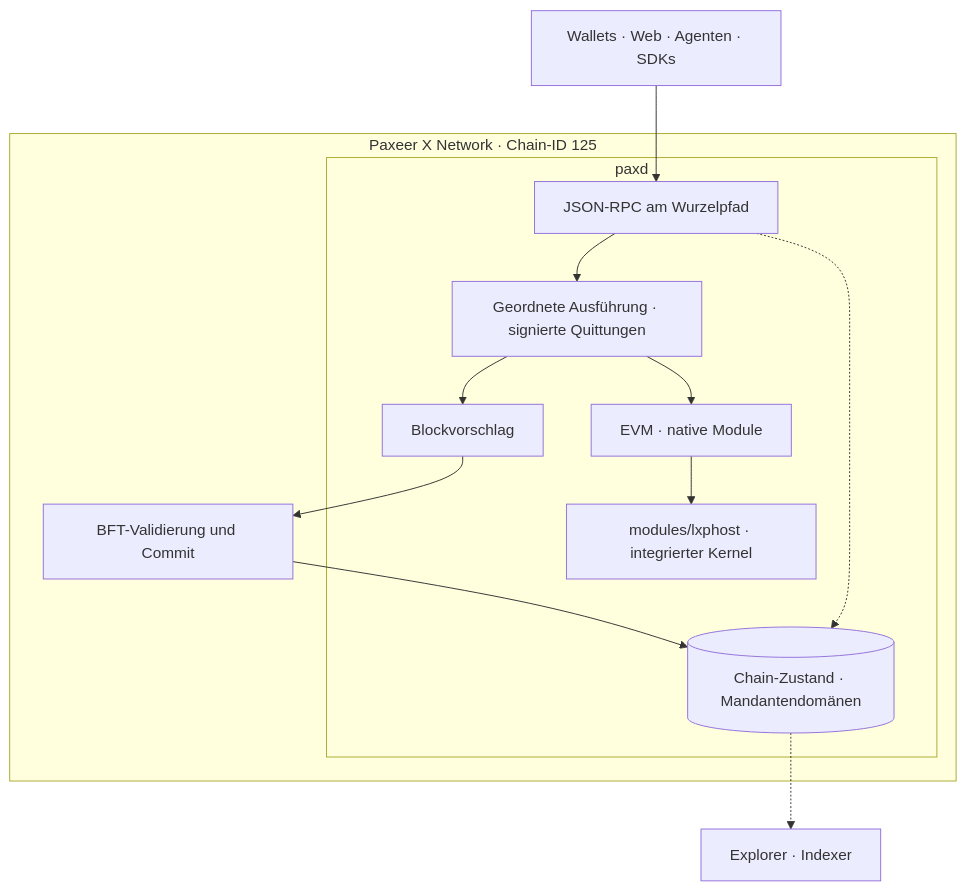
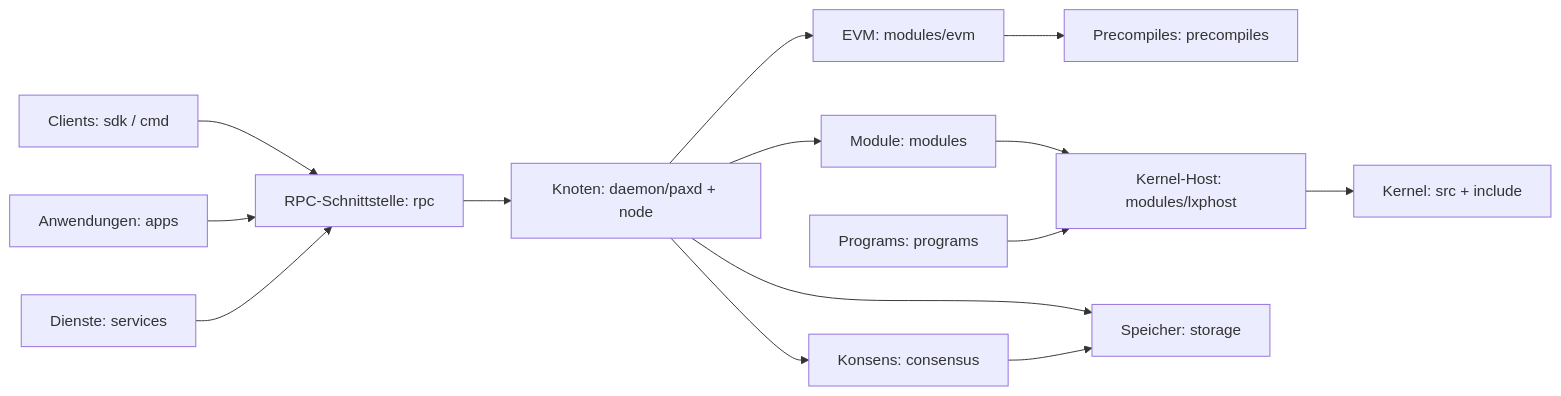
One commit to Sidiora-Labs/paxeer-monorepo changed the diagram in docs/readme/README.de.md. Above: the diagram before and after it, drawn with Mermaid. The commit also changed other lines of this file and 6 other files, not shown here.

````diff
--- a/docs/readme/README.de.md
+++ b/docs/readme/README.de.md
@@ -151,25 +46,16 @@
 ```mermaid
-flowchart TB
-  clients["Wallets · Web · Agenten · SDKs"]
-  subgraph network ["Paxeer X Network · Chain-ID 125"]
-    subgraph node ["paxd"]
-      rpc["JSON-RPC am Wurzelpfad"]
-      execution["Geordnete Ausführung · signierte Quittungen"]
-      evm["EVM · native Module"]
-      host["modules/lxphost · integrierter Kernel"]
-      proposal["Blockvorschlag"]
-      state[("Chain-Zustand · Mandantendomänen")]
-    end
-    consensus["BFT-Validierung und Commit"]
-  end
-  explorer["Explorer · Indexer"]
-  clients --> rpc
-  rpc --> execution
-  execution --> evm
-  evm --> host
-  execution --> proposal
-  proposal --> consensus
-  consensus --> state
-  rpc -.-> state
-  state -.-> explorer
+flowchart LR
+    Clients["Clients: sdk / cmd"] --> RPC["RPC-Schnittstelle: rpc"]
+    Apps["Anwendungen: apps"] --> RPC
+    Services["Dienste: services"] --> RPC
+    RPC --> Node["Knoten: daemon/paxd + node"]
+    Node --> Consensus["Konsens: consensus"]
+    Node --> Modules["Module: modules"]
+    Node --> EVM["EVM: modules/evm"]
+    EVM --> Precompiles["Precompiles: precompiles"]
+    Modules --> KernelHost["Kernel-Host: modules/lxphost"]
+    KernelHost --> Kernel["Kernel: src + include"]
+    Programs["Programs: programs"] --> KernelHost
+    Node --> Storage["Speicher: storage"]
+    Consensus --> Storage
 ```
````
